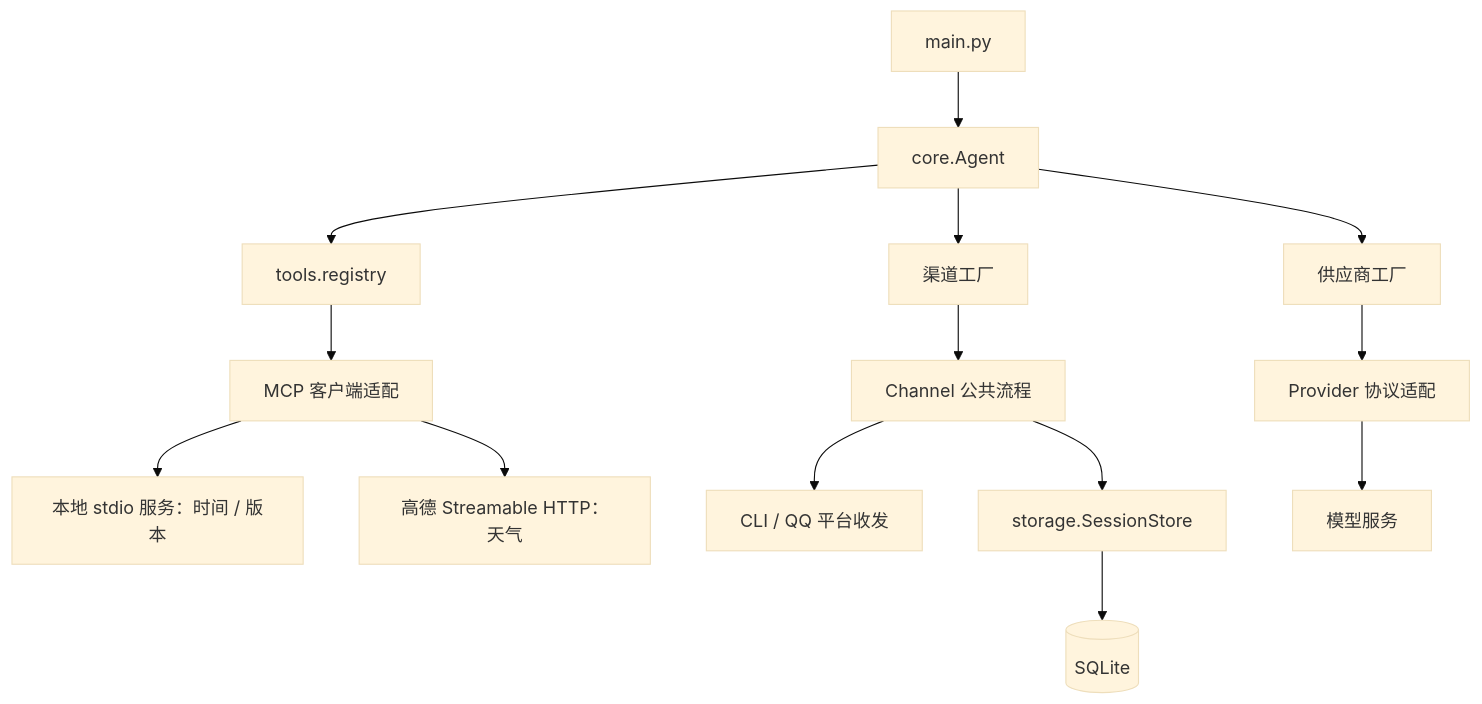
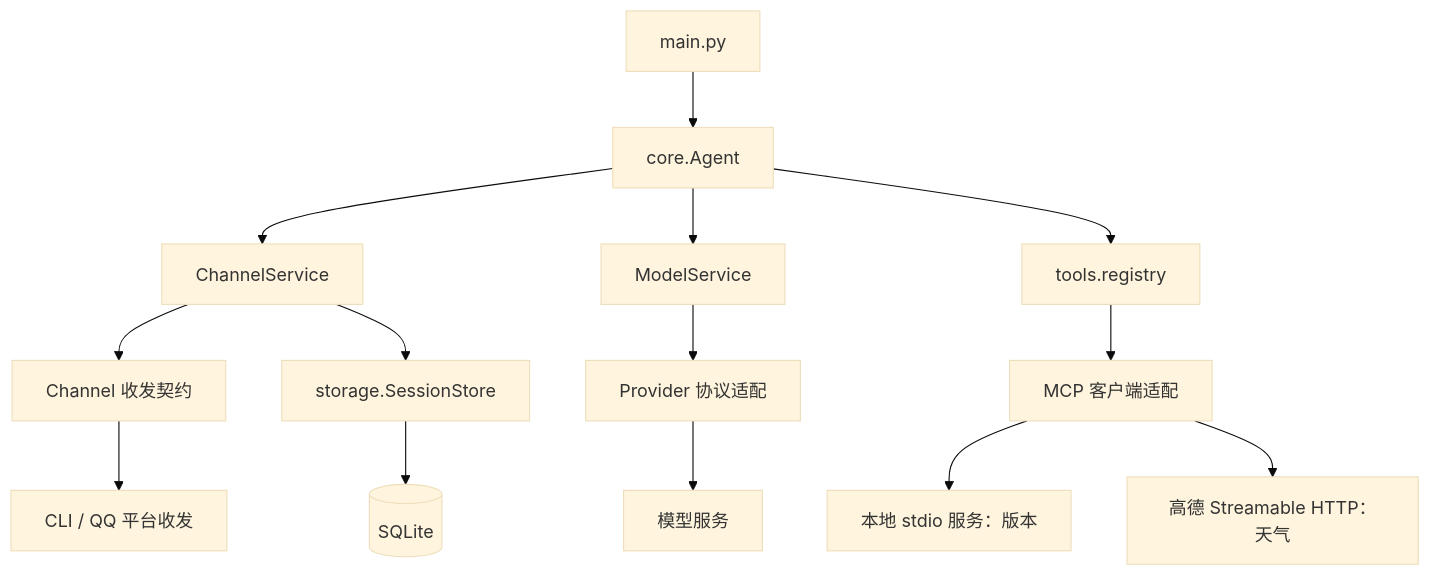
Before and after one commit to Hao-github/Partner: the first of 2 diagrams in docs/design/architecture.md, drawn with Mermaid (base theme). The commit also changed other lines of this file and 32 other files, not shown here.

````diff
--- a/docs/design/architecture.md
+++ b/docs/design/architecture.md
@@ -13,16 +13,16 @@
 ```mermaid
 flowchart TD
     Entry[main.py] --> Agent[core.Agent]
-    Agent --> CF[渠道工厂]
-    Agent --> PF[供应商工厂]
+    Agent --> CF[ChannelService]
+    Agent --> PF[ModelService]
     Agent --> Tools[tools.registry]
     Tools --> MCP[MCP 客户端适配]
-    MCP --> Builtin[本地 stdio 服务：时间 / 版本]
+    MCP --> Builtin[本地 stdio 服务：版本]
     MCP --> Amap[高德 Streamable HTTP：天气]
-    CF --> Channel[Channel 公共流程]
+    CF --> Channel[Channel 收发契约]
     Channel --> IO[CLI / QQ 平台收发]
-    Channel --> Store[storage.SessionStore]
+    CF --> Store[storage.SessionStore]
     PF --> Provider[Provider 协议适配]
     Provider --> API[模型服务]
     Store --> DB[(SQLite)]
 ```
````
